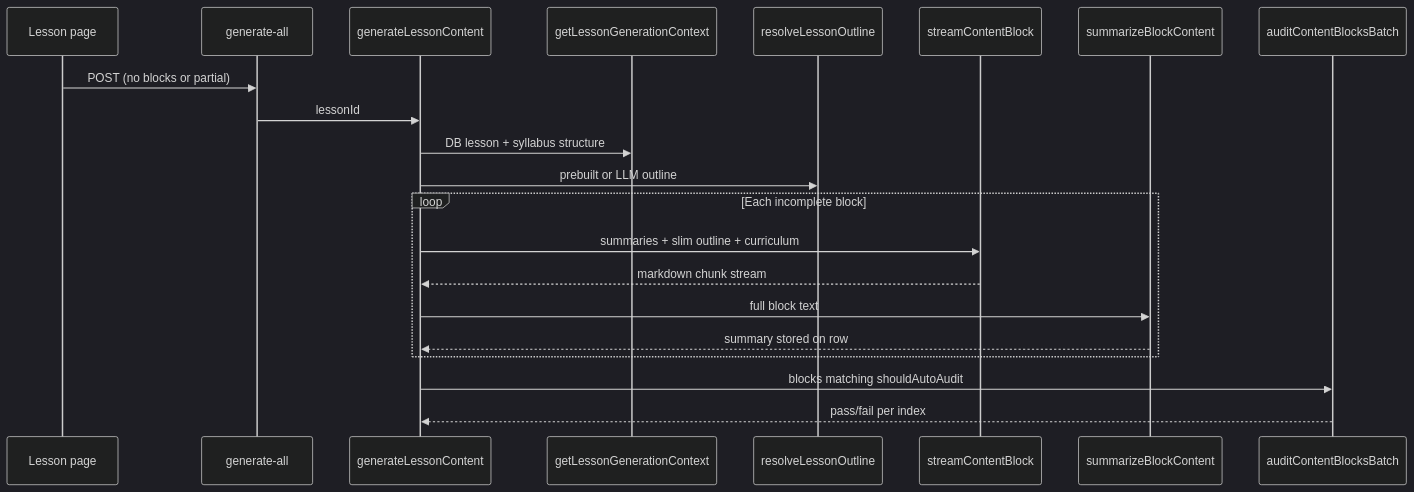
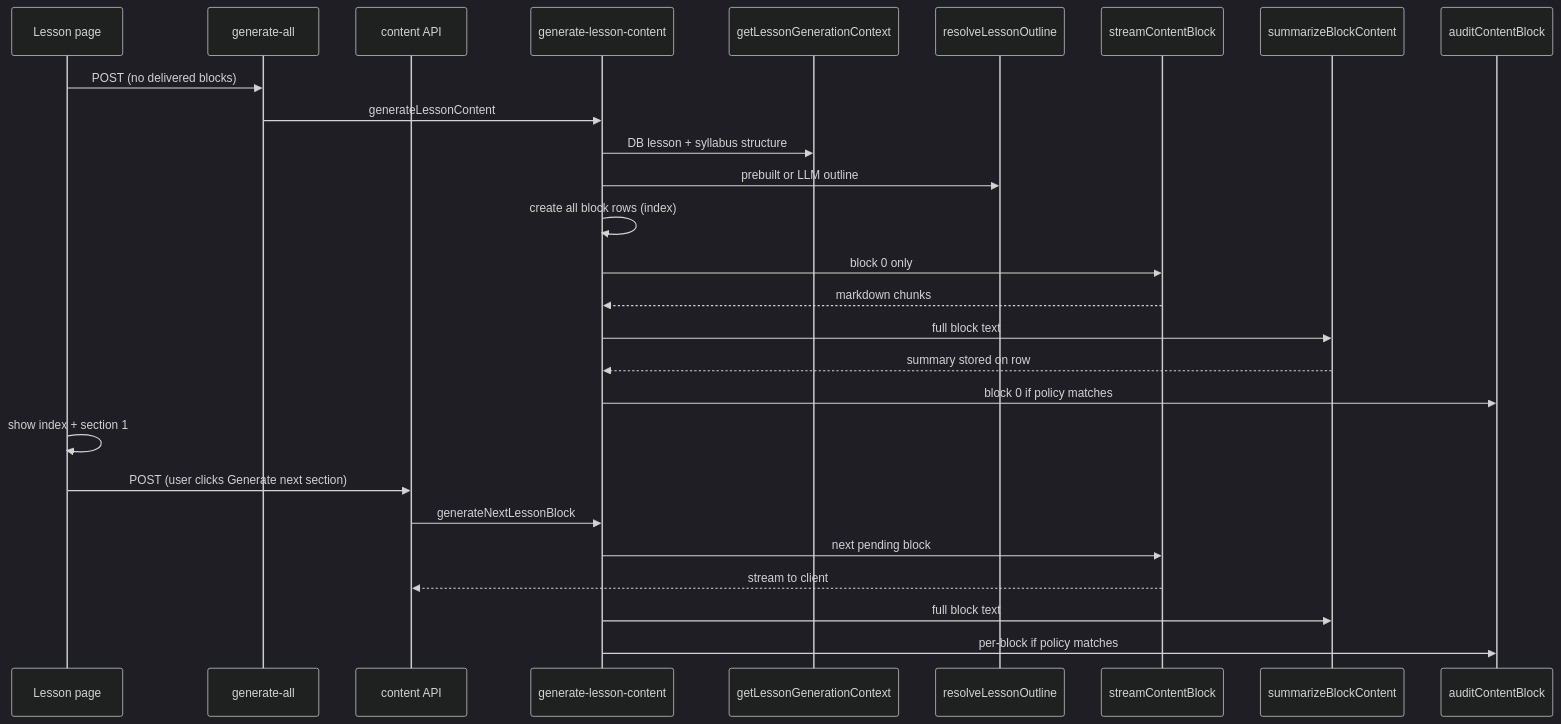
The first of 2 diagrams in docs/AI_BEHAVIOR_AND_FEATURES.md (sanchezd90/personal-tutor), drawn with Mermaid (dark theme) before and after one commit. The commit also changed other lines of this file and 5 other files, not shown here.

````diff
--- a/docs/AI_BEHAVIOR_AND_FEATURES.md
+++ b/docs/AI_BEHAVIOR_AND_FEATURES.md
@@ -98,24 +100,31 @@
 ```mermaid
 sequenceDiagram
     participant UI as Lesson page
-    participant API as generate-all
-    participant Gen as generateLessonContent
+    participant Init as generate-all
+    participant Next as content API
+    participant Gen as generate-lesson-content
     participant Ctx as getLessonGenerationContext
     participant Out as resolveLessonOutline
     participant Stream as streamContentBlock
     participant Sum as summarizeBlockContent
-    participant Aud as auditContentBlocksBatch
+    participant Aud as auditContentBlock
 
-    UI->>API: POST (no blocks or partial)
-    API->>Gen: lessonId
+    UI->>Init: POST (no delivered blocks)
+    Init->>Gen: generateLessonContent
     Gen->>Ctx: DB lesson + syllabus structure
     Gen->>Out: prebuilt or LLM outline
-    loop Each incomplete block
-        Gen->>Stream: summaries + slim outline + curriculum
-        Stream-->>Gen: markdown chunk stream
-        Gen->>Sum: full block text
-        Sum-->>Gen: summary stored on row
-    end
-    Gen->>Aud: blocks matching shouldAutoAudit
-    Aud-->>Gen: pass/fail per index
+    Gen->>Gen: create all block rows (index)
+    Gen->>Stream: block 0 only
+    Stream-->>Gen: markdown chunks
+    Gen->>Sum: full block text
+    Sum-->>Gen: summary stored on row
+    Gen->>Aud: block 0 if policy matches
+    UI->>UI: show index + section 1
+
+    UI->>Next: POST (user clicks Generate next section)
+    Next->>Gen: generateNextLessonBlock
+    Gen->>Stream: next pending block
+    Stream-->>Next: stream to client
+    Gen->>Sum: full block text
+    Gen->>Aud: per-block if policy matches
 ```
````
